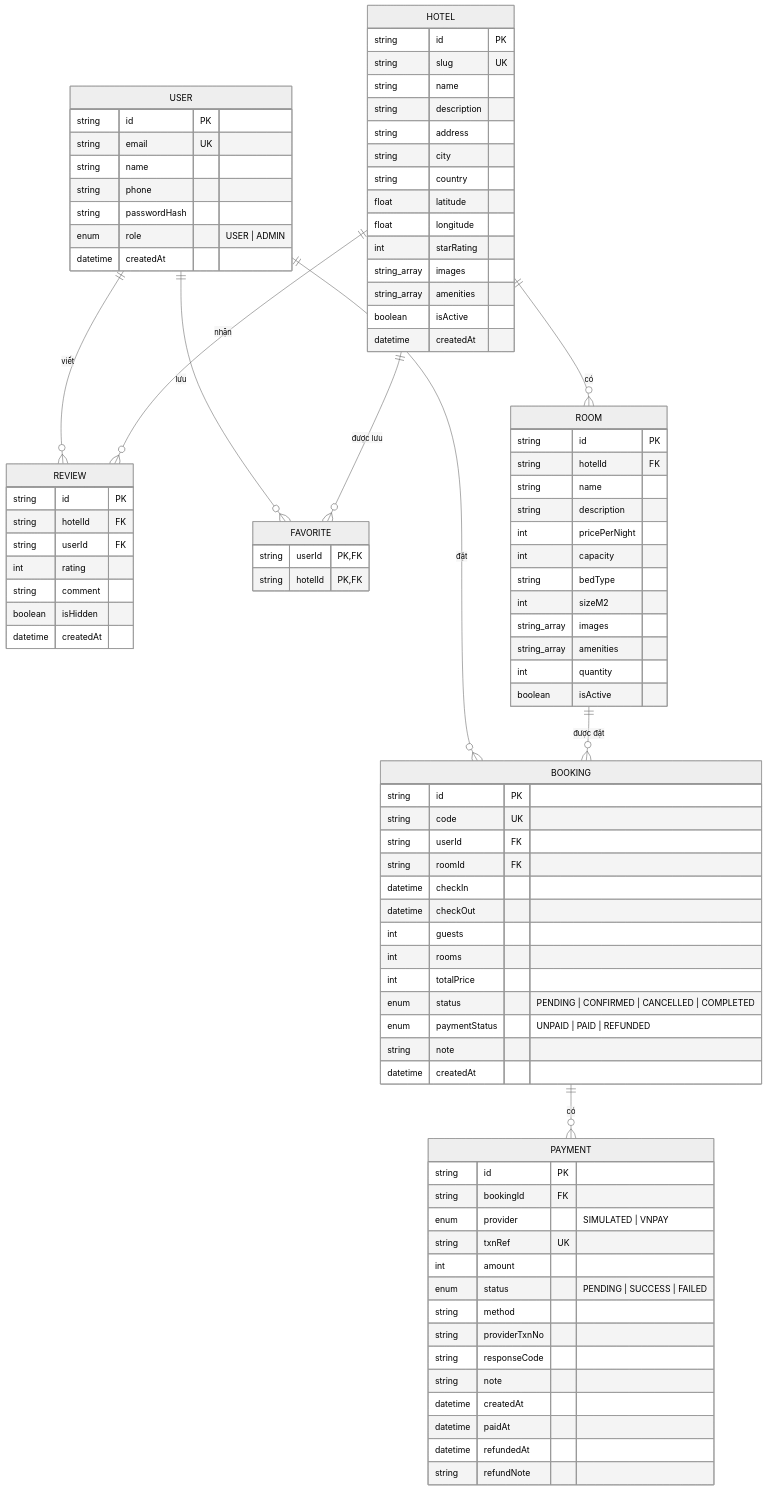
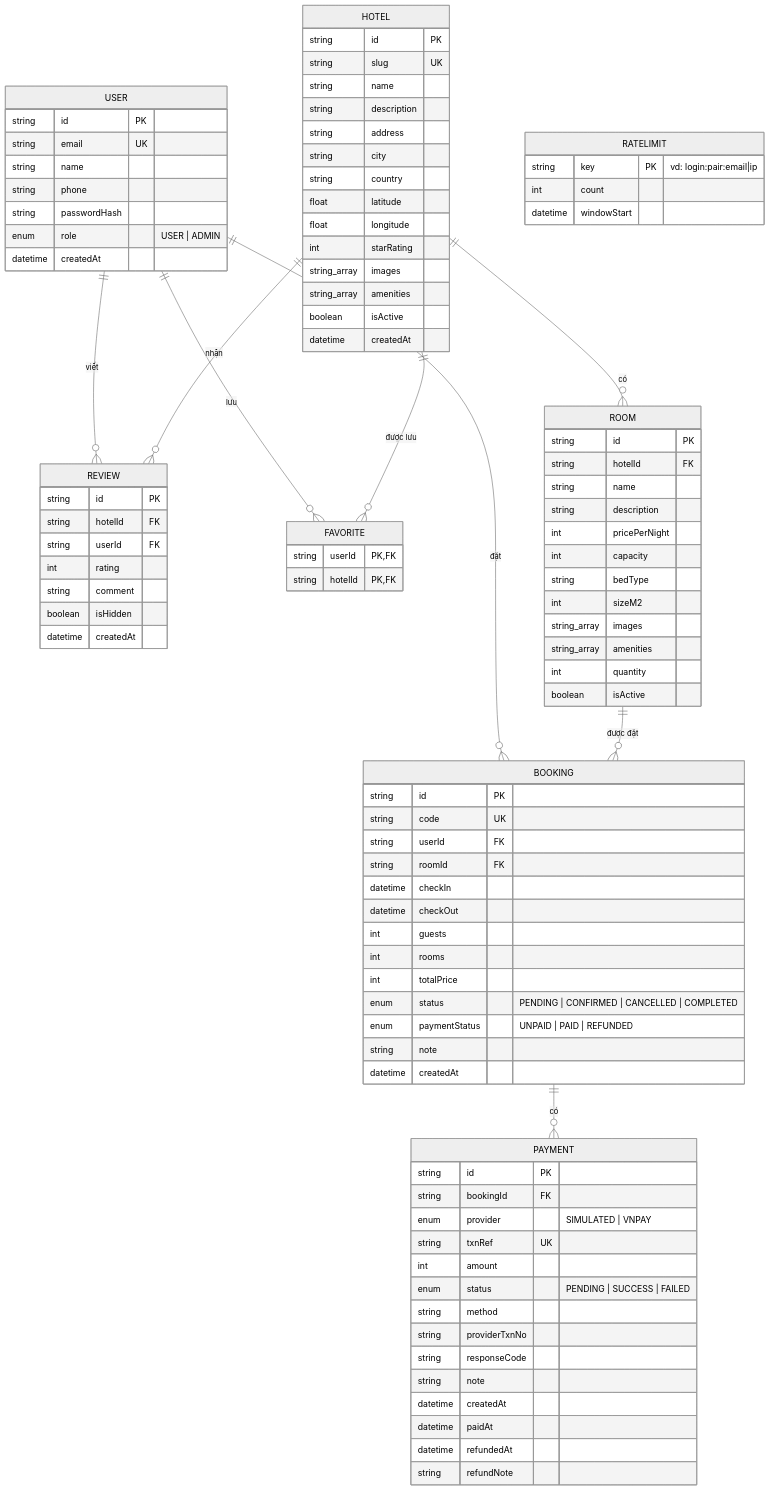
One commit to ongtrumphuong/TTTN_Booking_Hotel changed the diagram in README.md. Above: the diagram before and after it, drawn with Mermaid (neutral theme). The commit also changed other lines of this file and 60 other files, not shown here.

```diff
--- a/README.md
+++ b/README.md
@@ -185,6 +205,11 @@
         datetime refundedAt
         string refundNote
     }
+    RATELIMIT {
+        string key PK "vd: login:pair:email|ip"
+        int count
+        datetime windowStart
+    }
     REVIEW {
         string id PK
         string hotelId FK
```
